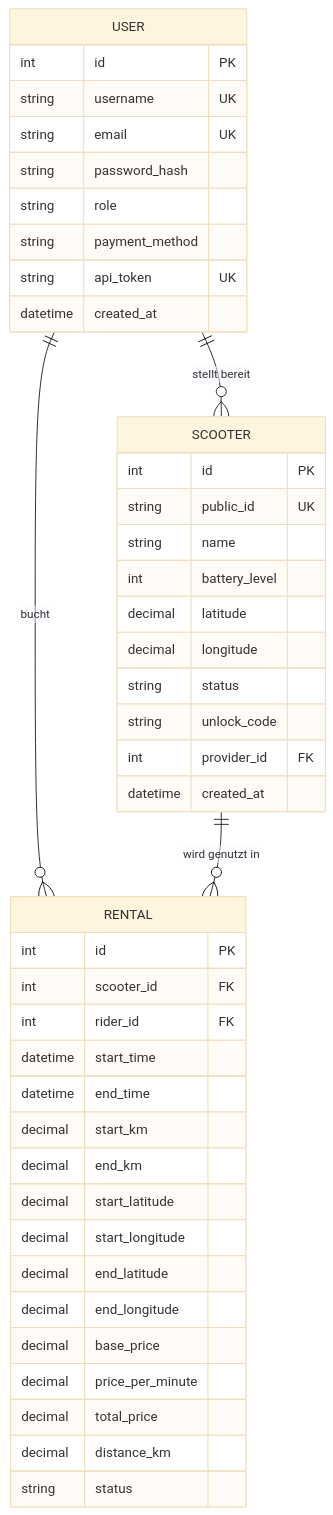
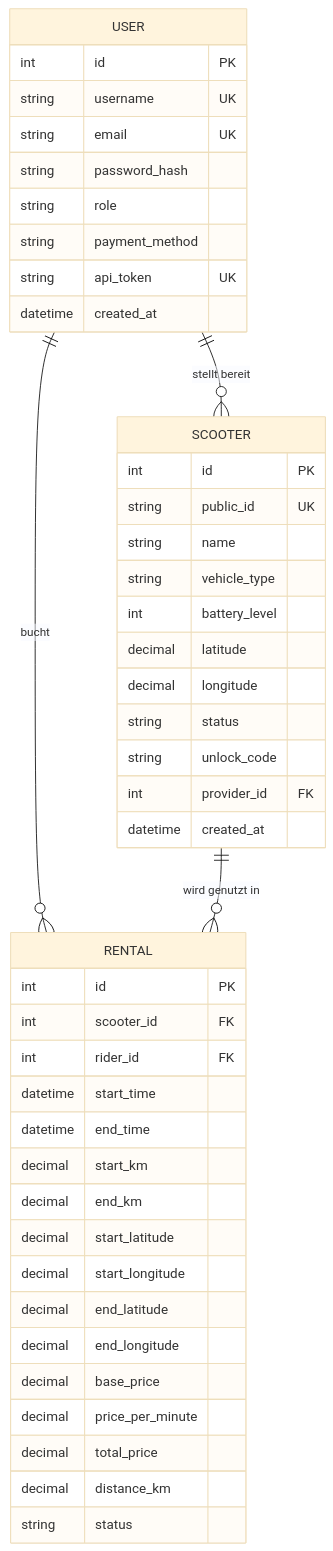
One commit to mogomes/e-mobility changed the first of 5 diagrams in docs/05_systemarchitektur.md. Above: the diagram before and after it, drawn with Mermaid (base theme). The commit also changed other lines of this file and 18 other files, not shown here.

Commit message:
feat: new vehicle type

````diff
--- a/docs/05_systemarchitektur.md
+++ b/docs/05_systemarchitektur.md
@@ -29,49 +29,50 @@
 ```mermaid
 erDiagram
     USER ||--o{ SCOOTER : "stellt bereit"
     USER ||--o{ RENTAL  : "bucht"
     SCOOTER ||--o{ RENTAL : "wird genutzt in"
 
     USER {
         int     id           PK
         string  username     UK
         string  email        UK
         string  password_hash
         string  role
         string  payment_method
         string  api_token    UK
         datetime created_at
     }
 
     SCOOTER {
         int     id           PK
         string  public_id    UK
         string  name
+        string  vehicle_type
         int     battery_level
         decimal latitude
         decimal longitude
         string  status
         string  unlock_code
         int     provider_id  FK
         datetime created_at
     }
 
     RENTAL {
         int     id            PK
         int     scooter_id    FK
         int     rider_id      FK
         datetime start_time
         datetime end_time
         decimal start_km
         decimal end_km
         decimal start_latitude
         decimal start_longitude
         decimal end_latitude
         decimal end_longitude
         decimal base_price
         decimal price_per_minute
         decimal total_price
         decimal distance_km
         string  status
     }
 ```
````
